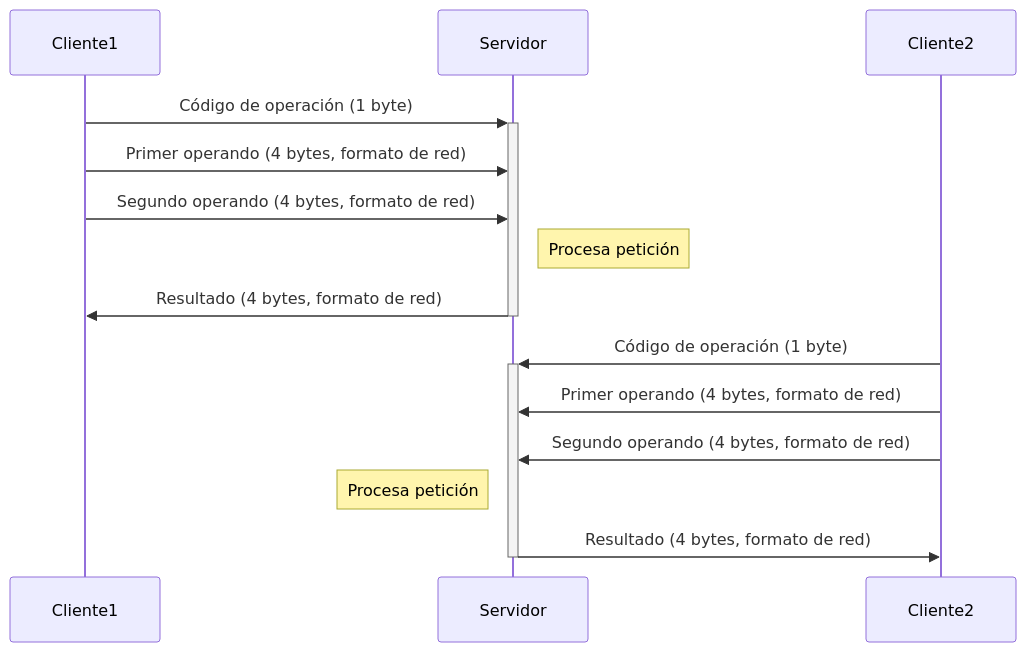
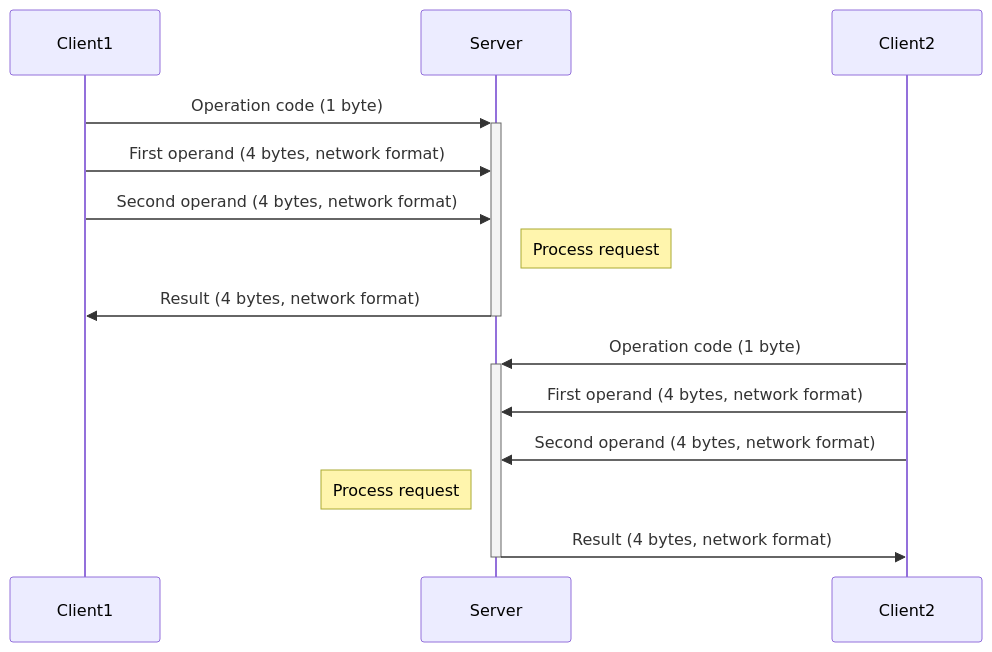
The second of 2 diagrams in materials/topic-sockets/exercise_sockets_calculator.md (acaldero/uc3m_ds), drawn with Mermaid before and after one commit. The commit also changed other lines of this file, not shown here.

````diff
--- a/materials/topic-sockets/exercise_sockets_calculator.md
+++ b/materials/topic-sockets/exercise_sockets_calculator.md
@@ -129,14 +128,14 @@
    ```mermaid
-    sequenceDiagram
-      Cliente1  ->>+  Servidor: Código de operación (1 byte)
-      Cliente1  ->>   Servidor: Primer  operando (4 bytes, formato de red)
-      Cliente1  ->>   Servidor: Segundo operando (4 bytes, formato de red)
-      Note right of Servidor: Procesa petición
-      Servidor ->>-   Cliente1: Resultado (4 bytes, formato de red)
+   sequenceDiagram
+   Client1 ->>+ Server: Operation code (1 byte)
+   Client1 ->> Server: First operand (4 bytes, network format)
+   Client1 ->> Server: Second operand (4 bytes, network format)
+   Note right of Server: Process request
+   Server ->>- Client1: Result (4 bytes, network format)
 
-      Cliente2  ->>+  Servidor: Código de operación (1 byte)
-      Cliente2  ->>   Servidor: Primer  operando (4 bytes, formato de red)
-      Cliente2  ->>   Servidor: Segundo operando (4 bytes, formato de red)
-      Note left of Servidor: Procesa petición
-      Servidor ->>-   Cliente2: Resultado (4 bytes, formato de red)
+   Client2 ->>+ Server: Operation code (1 byte)
+   Client2 ->> Server: First operand (4 bytes, network format)
+   Client2 ->> Server: Second operand (4 bytes, network format)
+   Note left of Server: Process request
+   Server ->>- Client2: Result (4 bytes, network format)
    ```
````
